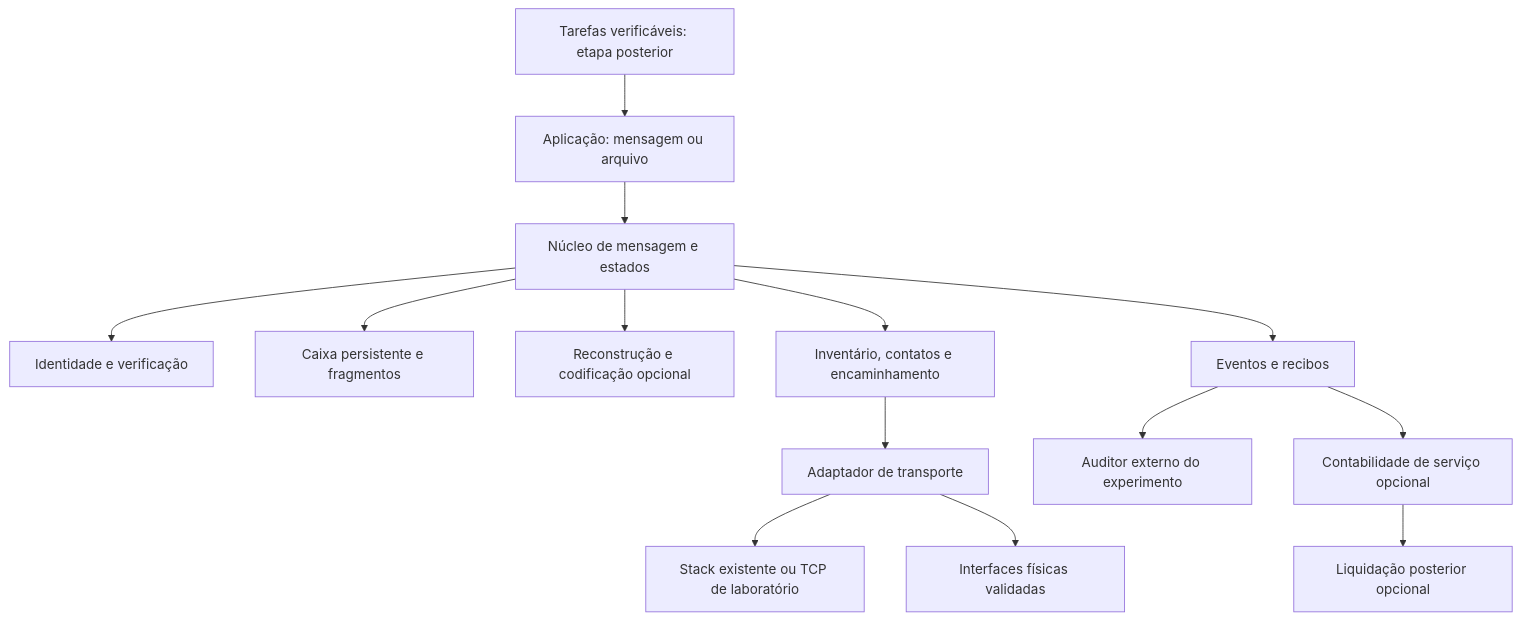
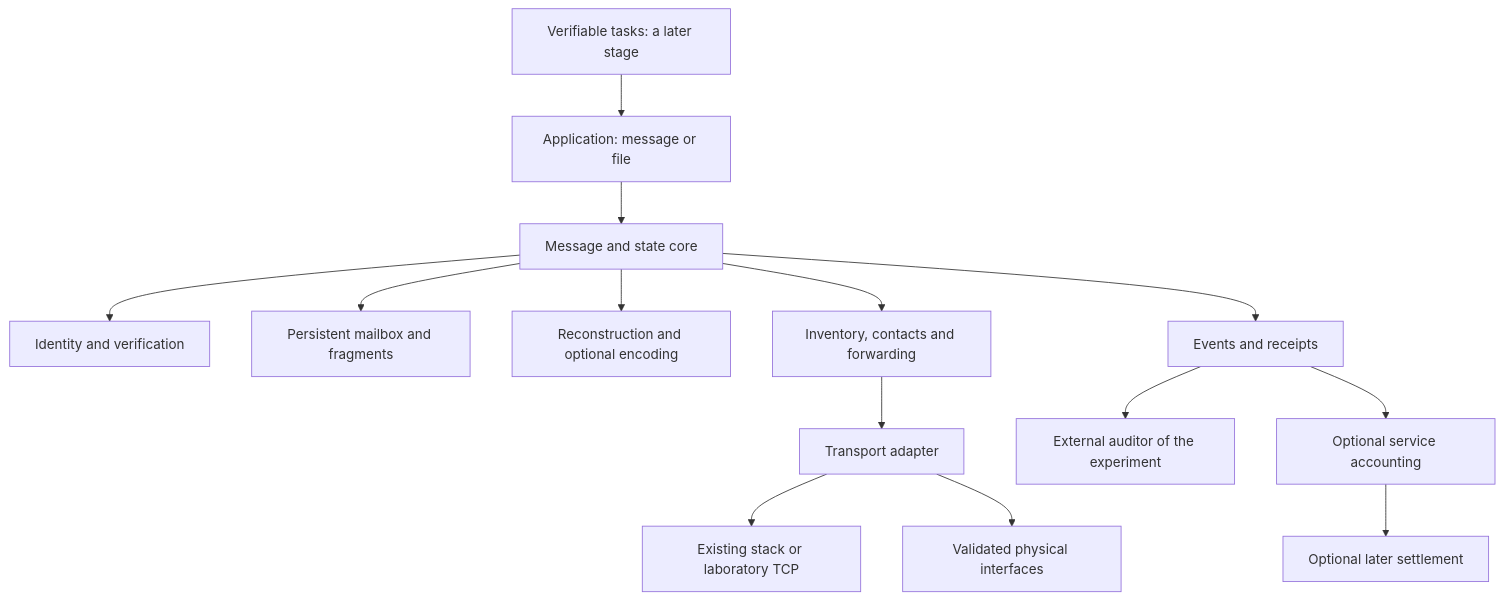
One commit to elSilveira/dethron-research changed the diagram in DETHRON_MASTER_PLAN.md. Above: the diagram before and after it, drawn with Mermaid. The commit also changed other lines of this file, not shown here.

````diff
--- a/DETHRON_MASTER_PLAN.md
+++ b/DETHRON_MASTER_PLAN.md
@@ -157,16 +153,16 @@
 ```mermaid
 flowchart TB
-    App[Aplicação: mensagem ou arquivo] --> Core[Núcleo de mensagem e estados]
-    Core --> Verify[Identidade e verificação]
-    Core --> Store[Caixa persistente e fragmentos]
-    Core --> Rebuild[Reconstrução e codificação opcional]
-    Core --> Route[Inventário, contatos e encaminhamento]
-    Route --> Adapter[Adaptador de transporte]
-    Adapter --> Existing[Stack existente ou TCP de laboratório]
-    Adapter --> Physical[Interfaces físicas validadas]
-    Core --> Events[Eventos e recibos]
-    Events --> Audit[Auditor externo do experimento]
-    Events --> Usage[Contabilidade de serviço opcional]
-    Usage --> Settle[Liquidação posterior opcional]
-    Task[Tarefas verificáveis: etapa posterior] --> App
+    App[Application: message or file] --> Core[Message and state core]
+    Core --> Verify[Identity and verification]
+    Core --> Store[Persistent mailbox and fragments]
+    Core --> Rebuild[Reconstruction and optional encoding]
+    Core --> Route[Inventory, contacts and forwarding]
+    Route --> Adapter[Transport adapter]
+    Adapter --> Existing[Existing stack or laboratory TCP]
+    Adapter --> Physical[Validated physical interfaces]
+    Core --> Events[Events and receipts]
+    Events --> Audit[External auditor of the experiment]
+    Events --> Usage[Optional service accounting]
+    Usage --> Settle[Optional later settlement]
+    Task[Verifiable tasks: a later stage] --> App
 ```
````
